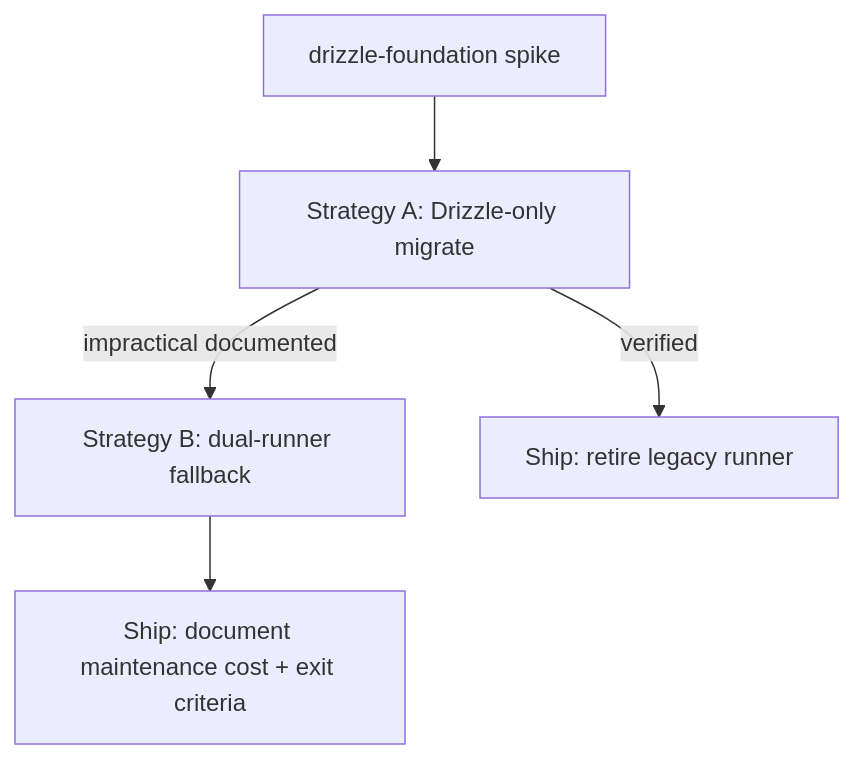
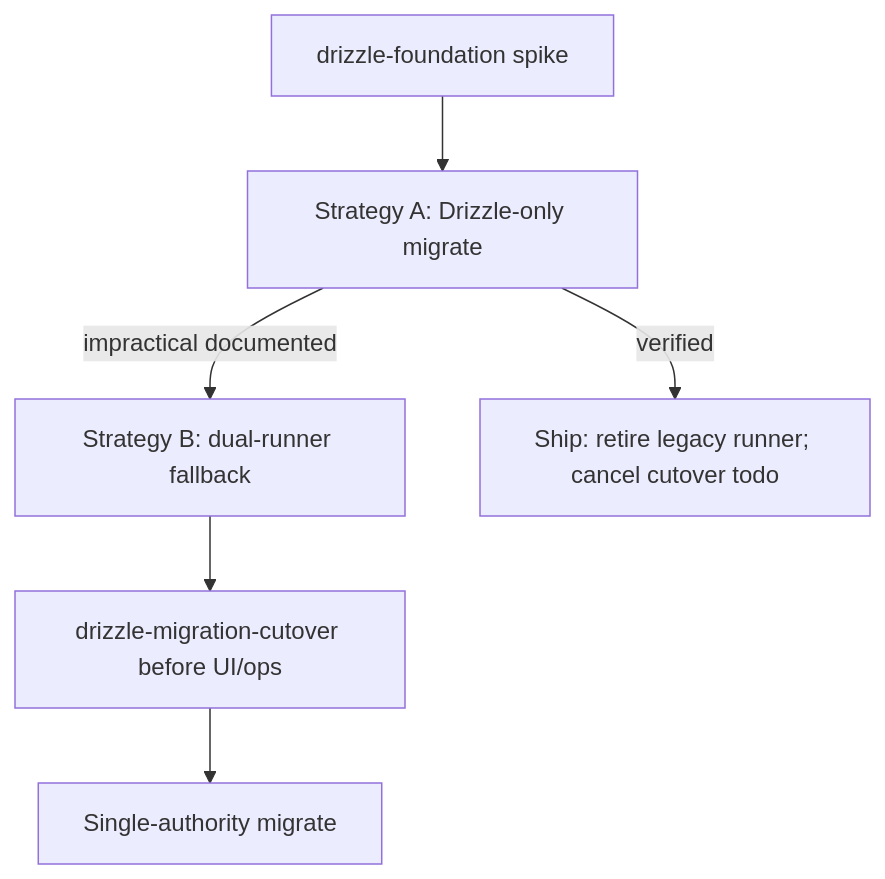
The second of 2 diagrams in .cursor/plans/2026-10-08-assistant-grounded-rag-generation.plan.md (mastermichaelt/portfolio), drawn with Mermaid before and after one commit. The commit also changed other lines of this file, not shown here.

First line of the commit message:
Align RAG plan with conditional drizzle-migration-cutover gate.

````diff
--- a/.cursor/plans/2026-10-08-assistant-grounded-rag-generation.plan.md
+++ b/.cursor/plans/2026-10-08-assistant-grounded-rag-generation.plan.md
@@ -466,10 +470,11 @@
 ```mermaid
 flowchart TD
   spike["drizzle-foundation spike"]
   strategyA["Strategy A: Drizzle-only migrate"]
   strategyB["Strategy B: dual-runner fallback"]
   spike --> strategyA
-  strategyA -->|verified| shipA["Ship: retire legacy runner"]
+  strategyA -->|verified| shipA["Ship: retire legacy runner; cancel cutover todo"]
   strategyA -->|impractical documented| strategyB
-  strategyB --> shipB["Ship: document maintenance cost + exit criteria"]
+  strategyB --> cutover["drizzle-migration-cutover before UI/ops"]
+  cutover --> shipB["Single-authority migrate"]
 ```
````
